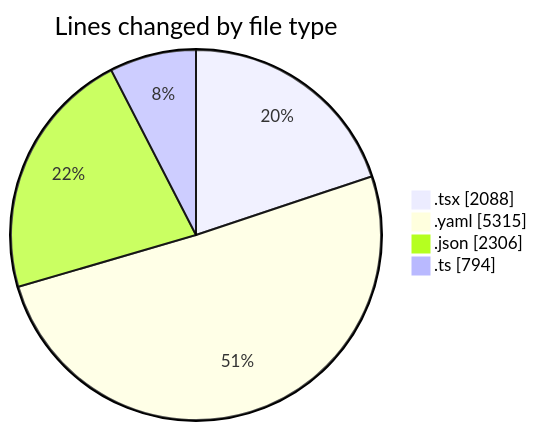
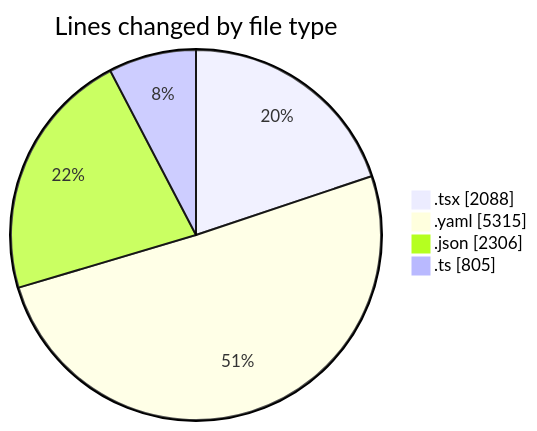
One commit to julien-gomy/code-tracking changed the first of 2 diagrams in 2025-11-07/eventscop-frontend-guide__workspace_/README.md. Above: the diagram before and after it, drawn with Mermaid. The commit also changed other lines of this file and 1 other file, not shown here.

````diff
--- a/2025-11-07/eventscop-frontend-guide__workspace_/README.md
+++ b/2025-11-07/eventscop-frontend-guide__workspace_/README.md
@@ -47,8 +47,8 @@
 ```mermaid
 pie showData
 title Lines changed by file type
 ".tsx" : 2088
 ".yaml" : 5315
 ".json" : 2306
-".ts" : 794
+".ts" : 805
 ```
````
